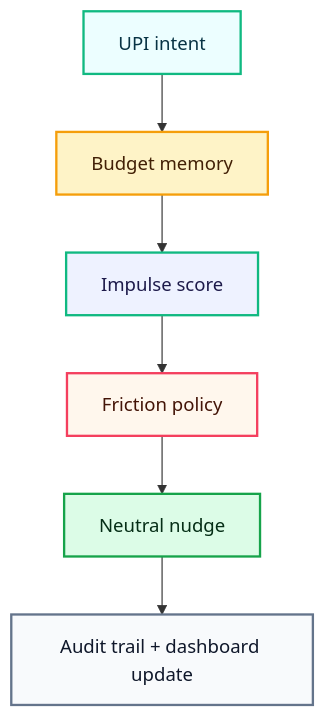
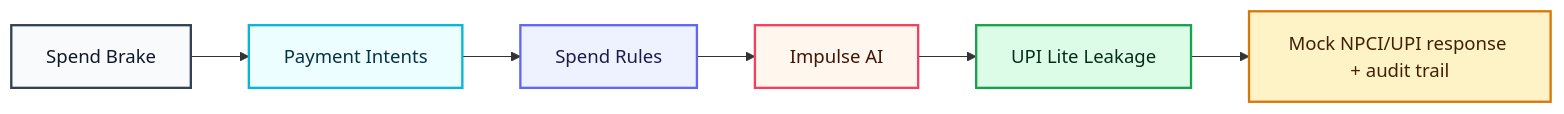
One commit to jprbom/upi-cognitive-spend-brake changed the first of 3 diagrams in docs/DIAGRAMS.md. Above: the diagram before and after it, drawn with Mermaid. The commit also changed other lines of this file and 15 other files, not shown here.

Commit message:
feat: wire working demo flows and mock UPI rail

```diff
--- a/docs/DIAGRAMS.md
+++ b/docs/DIAGRAMS.md
@@ -13,15 +13,15 @@
 ~~~mermaid
-flowchart TD
-  A["UPI intent"]:::start --> B["Budget memory"]:::signal
-  B --> C["Impulse score"]:::model
-  C --> D["Friction policy"]:::decision
-  D --> E["Neutral nudge"]:::output
-  E --> F["Audit trail + dashboard update"]:::audit
+flowchart LR
+  A["Spend Brake"]:::start --> B["Payment Intents"]:::signal
+  B --> C["Spend Rules"]:::model
+  C --> D["Impulse AI"]:::decision
+  D --> E["UPI Lite Leakage"]:::output
+  E --> F["Mock NPCI/UPI response + audit trail"]:::audit
 
-  classDef start fill:#ecfeff,stroke:#10b981,stroke-width:2px,color:#083344
-  classDef signal fill:#fef3c7,stroke:#f59e0b,stroke-width:2px,color:#422006
-  classDef model fill:#eef2ff,stroke:#10b981,stroke-width:2px,color:#1e1b4b
+  classDef start fill:#f8fafc,stroke:#334155,stroke-width:2px,color:#0f172a
+  classDef signal fill:#ecfeff,stroke:#06b6d4,stroke-width:2px,color:#083344
+  classDef model fill:#eef2ff,stroke:#6366f1,stroke-width:2px,color:#1e1b4b
   classDef decision fill:#fff7ed,stroke:#f43f5e,stroke-width:2px,color:#431407
   classDef output fill:#dcfce7,stroke:#16a34a,stroke-width:2px,color:#052e16
-  classDef audit fill:#f8fafc,stroke:#64748b,stroke-width:2px,color:#0f172a
+  classDef audit fill:#fef3c7,stroke:#d97706,stroke-width:2px,color:#422006
 ~~~
```
